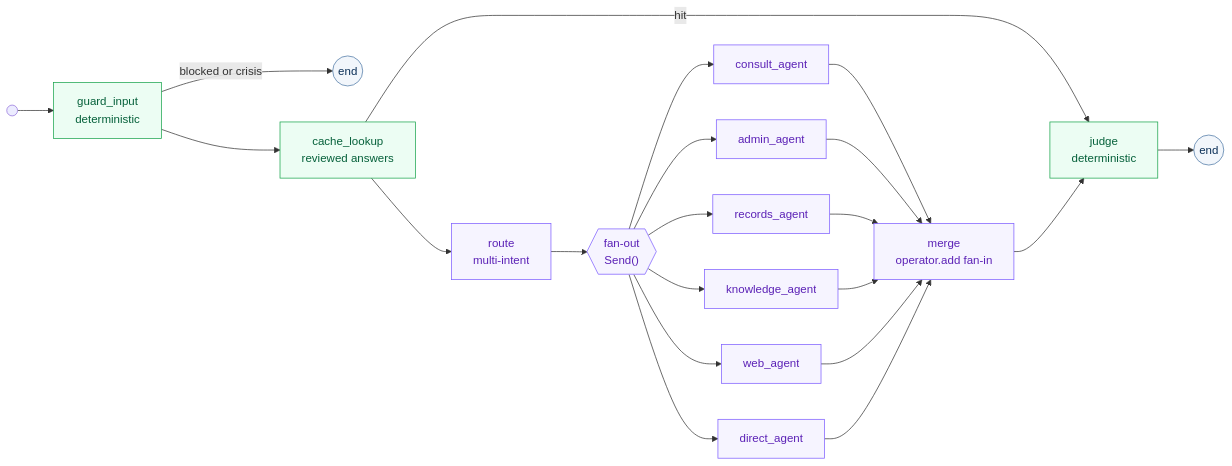
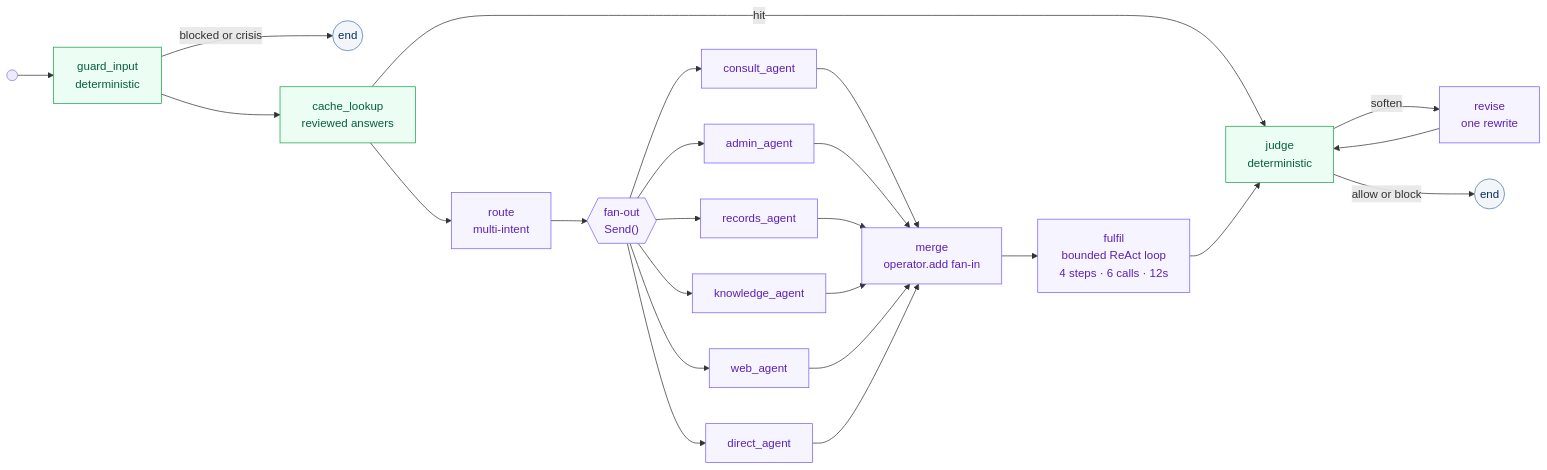
Before and after one commit to Pasidu-Mihiranga/SuwaPath: the third of 5 diagrams in README.md, drawn with Mermaid. The commit also changed other lines of this file and 2 other files, not shown here.

First paragraph of the commit message:
Add an architecture Q&A document, fix the agent graph diagram, give the demo patient a medication list
The agent graph diagram was wrong: it showed merge going straight to judge,
omitting the fulfil loop and the judge-revise-judge cycle, both of which are
real edges. Corrected against the code.

````diff
--- a/README.md
+++ b/README.md
@@ -268,29 +269,32 @@
 ```mermaid
 flowchart LR
     START(( )) --> GI["guard_input<br/>deterministic"]:::det
     GI -->|blocked or crisis| E1(("end")):::stop
     GI --> CA["cache_lookup<br/>reviewed answers"]:::det
     CA -->|hit| J
     CA --> R["route<br/>multi-intent"]:::ai
     R --> FAN{{"fan-out<br/>Send()"}}:::ai
 
     FAN --> C1["consult_agent"]:::ai
     FAN --> C2["admin_agent"]:::ai
     FAN --> C3["records_agent"]:::ai
     FAN --> C4["knowledge_agent"]:::ai
     FAN --> C5["web_agent"]:::ai
     FAN --> C6["direct_agent"]:::ai
 
     C1 --> M["merge<br/>operator.add fan-in"]:::ai
     C2 --> M
     C3 --> M
     C4 --> M
     C5 --> M
     C6 --> M
-    M --> J["judge<br/>deterministic"]:::det
-    J --> E2(("end")):::stop
+    M --> F["fulfil<br/>bounded ReAct loop<br/>4 steps · 6 calls · 12s"]:::ai
+    F --> J["judge<br/>deterministic"]:::det
+    J -->|soften| RV["revise<br/>one rewrite"]:::ai
+    RV --> J
+    J -->|allow or block| E2(("end")):::stop
 
     classDef det fill:#ecfdf3,stroke:#16a34a,color:#05603a
     classDef ai fill:#f6f4ff,stroke:#7c5cff,color:#5b21b6
     classDef stop fill:#f2f6fb,stroke:#4a75a3,color:#0a2e56
 ```
````
